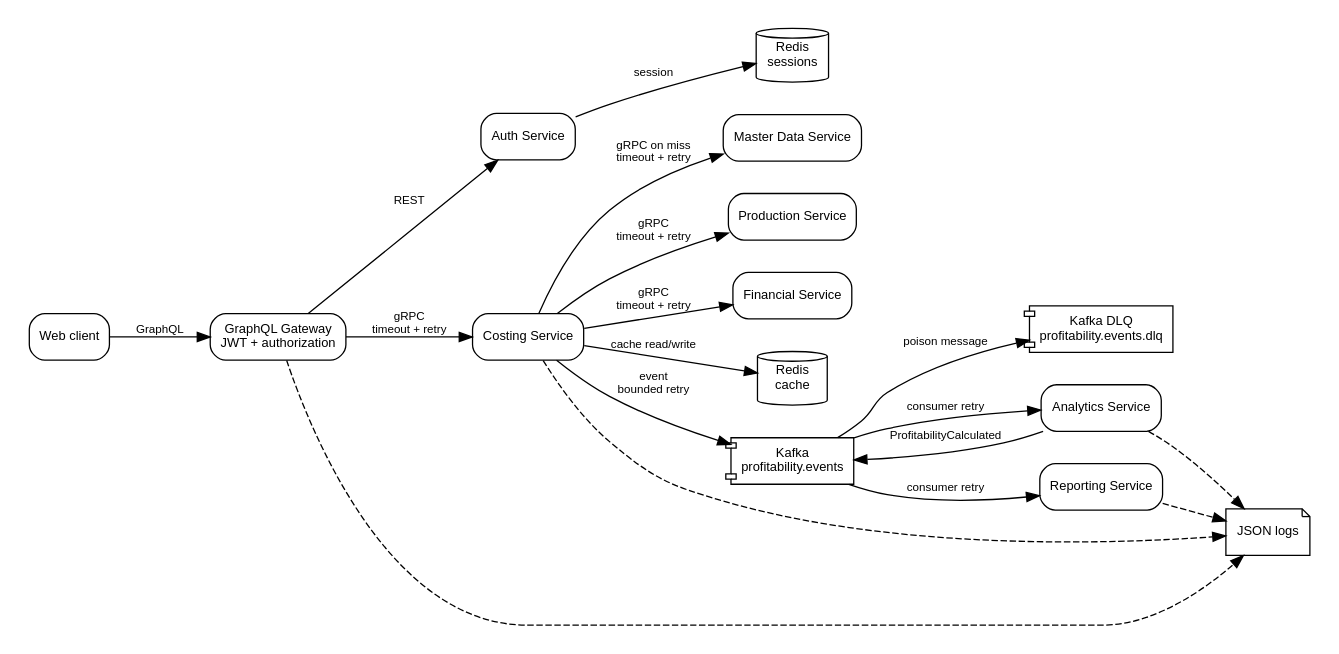
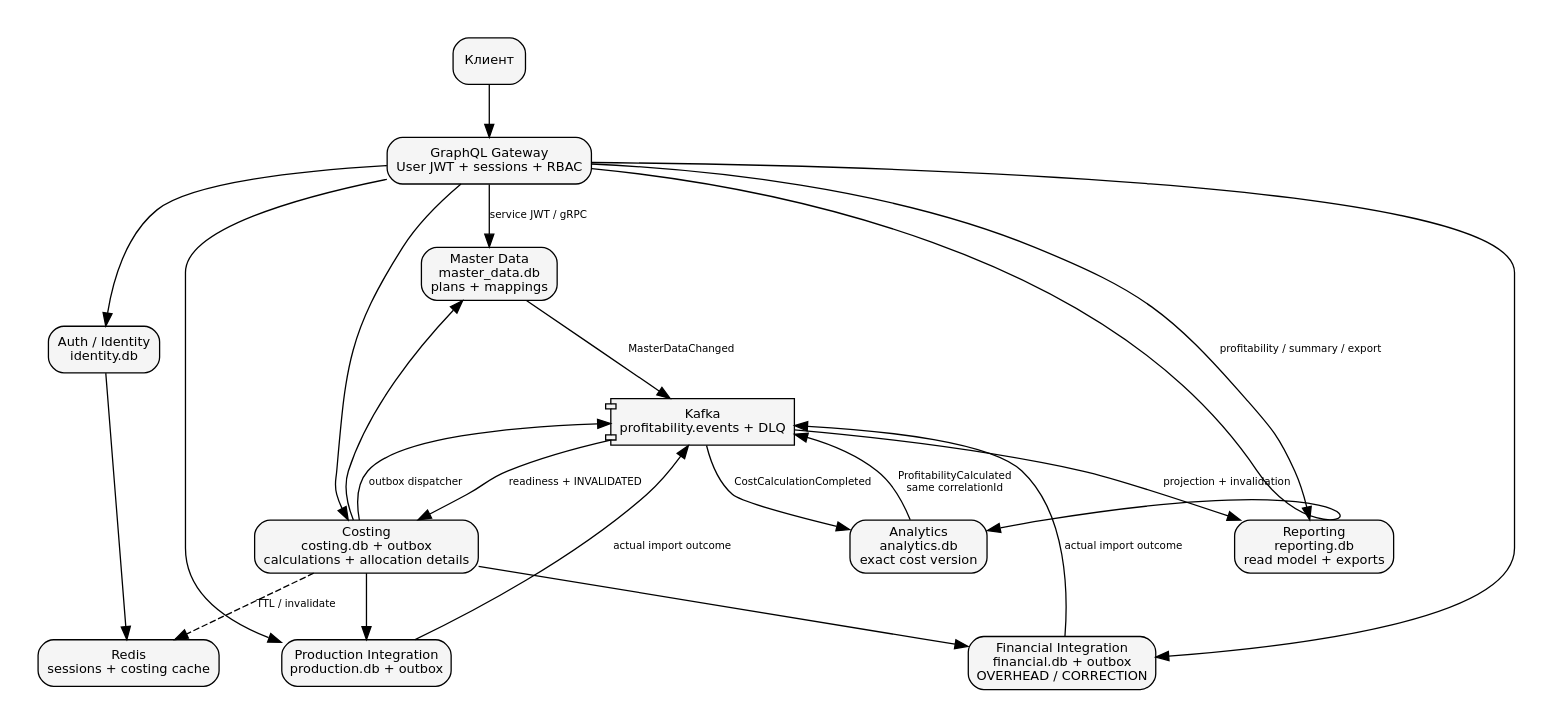
Before and after one commit to burbble/iisik: the diagram in docs/reliability_architecture.dot, drawn with Graphviz. The commit also changed 12 other files, not shown here.

First line of the commit message:
docs: describe corrected architecture and verification scenarios

```diff
--- a/docs/reliability_architecture.dot
+++ b/docs/reliability_architecture.dot
@@ -1,39 +1,22 @@
-digraph G {
-  graph [rankdir=LR, bgcolor="white", pad="0.2", nodesep="0.35", ranksep="0.55"];
-  node [shape=box, style="rounded", fontname="Arial", fontsize=10, color="black"];
-  edge [fontname="Arial", fontsize=9, color="black"];
-
-  client [label="Web client"];
-  gateway [label="GraphQL Gateway\nJWT + authorization"];
-  auth [label="Auth Service"];
-  redis_session [label="Redis\nsessions", shape=cylinder];
-  costing [label="Costing Service"];
-  master [label="Master Data Service"];
-  prod [label="Production Service"];
-  fin [label="Financial Service"];
-  redis_cache [label="Redis\ncache", shape=cylinder];
-  kafka [label="Kafka\nprofitability.events", shape=component];
-  dlq [label="Kafka DLQ\nprofitability.events.dlq", shape=component];
-  analytics [label="Analytics Service"];
-  reporting [label="Reporting Service"];
-  logs [label="JSON logs", shape=note];
-
-  client -> gateway [label="GraphQL"];
-  gateway -> auth [label="REST"];
-  auth -> redis_session [label="session"];
-  gateway -> costing [label="gRPC\ntimeout + retry"];
-  costing -> redis_cache [label="cache read/write"];
-  costing -> master [label="gRPC on miss\ntimeout + retry"];
-  costing -> prod [label="gRPC\ntimeout + retry"];
-  costing -> fin [label="gRPC\ntimeout + retry"];
-  costing -> kafka [label="event\nbounded retry"];
-  kafka -> analytics [label="consumer retry"];
-  analytics -> kafka [label="ProfitabilityCalculated"];
-  kafka -> reporting [label="consumer retry"];
-  kafka -> dlq [label="poison message"];
-
-  gateway -> logs [style=dashed];
-  costing -> logs [style=dashed];
-  analytics -> logs [style=dashed];
-  reporting -> logs [style=dashed];
+digraph Architecture {
+ graph [rankdir=TB, bgcolor="white", pad=0.3, nodesep=0.4, ranksep=0.55];
+ node [shape=box, style="rounded,filled", fillcolor="#f5f5f5", fontname="DejaVu Sans", fontsize=10];
+ edge [fontname="DejaVu Sans", fontsize=8];
+ client [label="Клиент"]; gateway [label="GraphQL Gateway\nUser JWT + sessions + RBAC"];
+ auth [label="Auth / Identity\nidentity.db"]; redis [label="Redis\nsessions + costing cache"];
+ master [label="Master Data\nmaster_data.db\nplans + mappings"];
+ production [label="Production Integration\nproduction.db + outbox"];
+ financial [label="Financial Integration\nfinancial.db + outbox\nOVERHEAD / CORRECTION"];
+ costing [label="Costing\ncosting.db + outbox\ncalculations + allocation details"];
+ analytics [label="Analytics\nanalytics.db\nexact cost version"];
+ reporting [label="Reporting\nreporting.db\nread model + exports"];
+ kafka [label="Kafka\nprofitability.events + DLQ",shape=component];
+ client -> gateway; gateway -> auth; auth -> redis;
+ gateway -> master [label="service JWT / gRPC"]; gateway -> production; gateway -> financial;
+ gateway -> costing; gateway -> analytics; gateway -> reporting [label="profitability / summary / export"];
+ costing -> master; costing -> production; costing -> financial; costing -> redis [style=dashed,label="TTL / invalidate"];
+ production -> kafka [label="actual import outcome"]; financial -> kafka [label="actual import outcome"];
+ master -> kafka [label="MasterDataChanged"]; costing -> kafka [label="outbox dispatcher"];
+ kafka -> costing [label="readiness + INVALIDATED"]; kafka -> analytics [label="CostCalculationCompleted"];
+ analytics -> kafka [label="ProfitabilityCalculated\nsame correlationId"]; kafka -> reporting [label="projection + invalidation"];
 }
```
